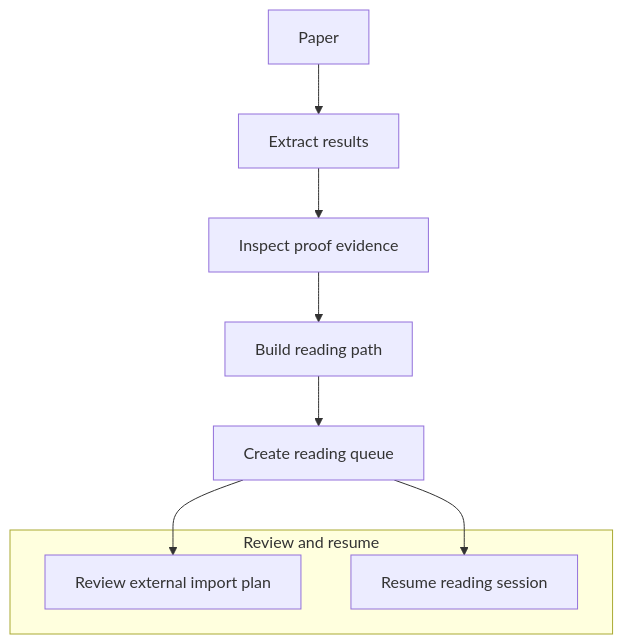
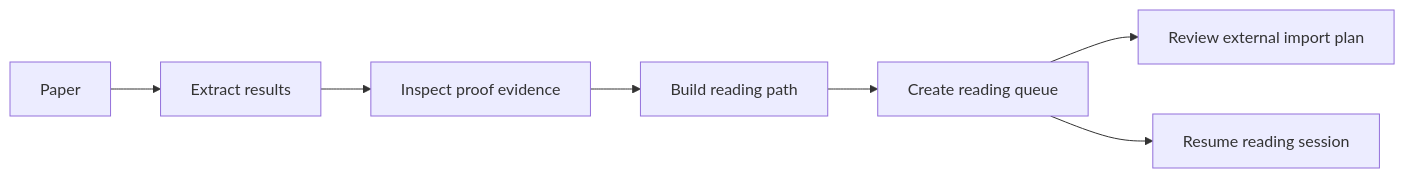
The diagram in README.md (lotchuazzz-crypto/papergraph-mcp), drawn with Mermaid before and after one commit. The commit also changed other lines of this file and 22 other files, not shown here.

````diff
--- a/README.md
+++ b/README.md
@@ -81,18 +81,9 @@
 ```mermaid
-flowchart TD
-    Paper[Paper]
-    Results[Extract results]
-    Evidence[Inspect proof evidence]
-    Path[Build reading path]
-    Queue[Create reading queue]
-
-    Paper --> Results --> Evidence --> Path --> Queue
-
-    subgraph Review[Review and resume]
-        Imports[Review external import plan]
-        Session[Resume reading session]
-    end
-
-    Queue --> Imports
-    Queue --> Session
+flowchart LR
+    Paper[Paper] --> Results[Extract results]
+    Results --> Evidence[Inspect proof evidence]
+    Evidence --> Path[Build reading path]
+    Path --> Queue[Create reading queue]
+    Queue --> Imports[Review external import plan]
+    Queue --> Session[Resume reading session]
 ```
````
